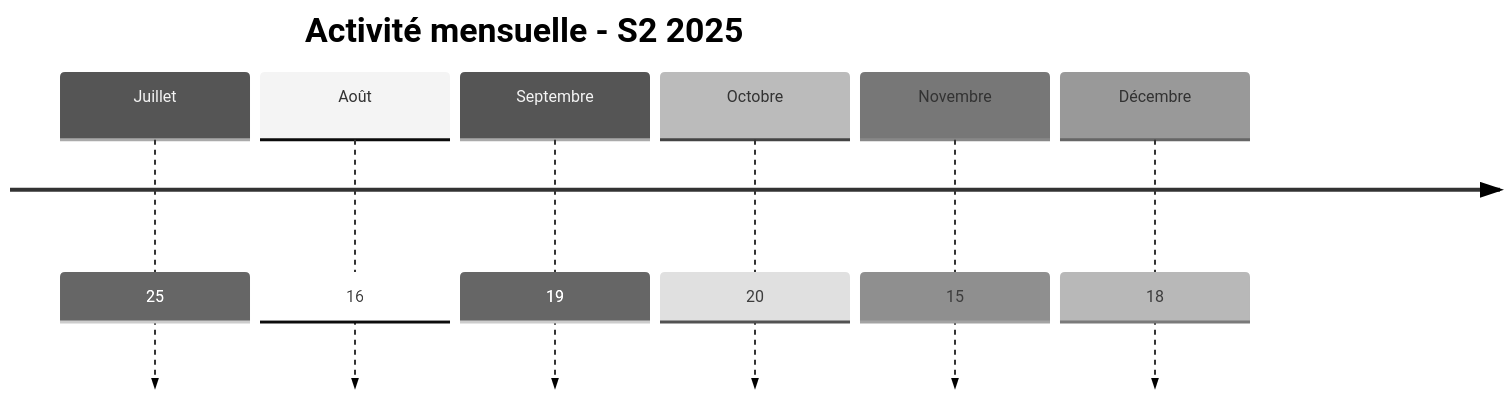
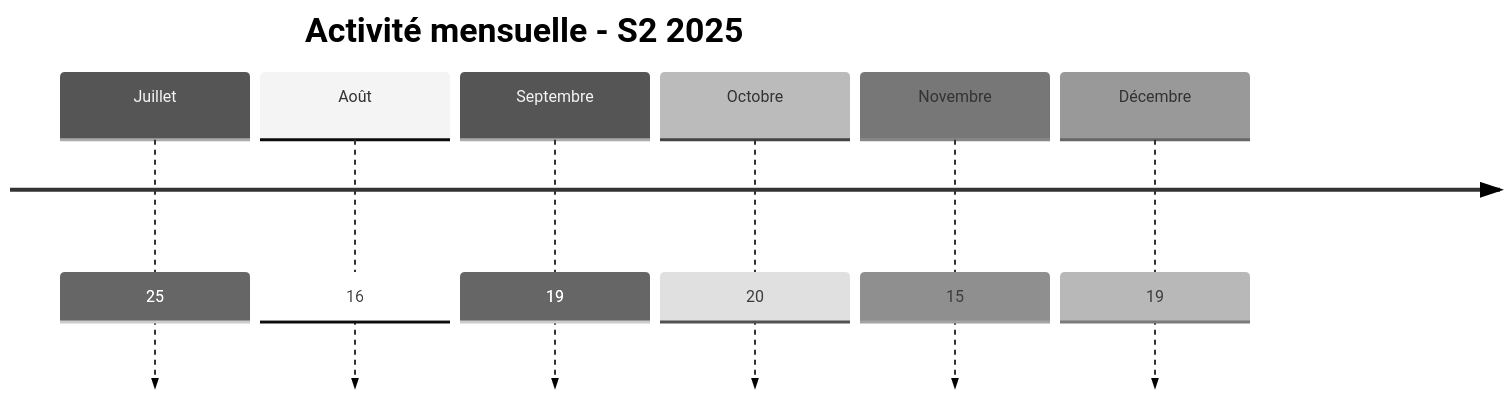
The first of 2 diagrams in CyberAttackAfrica/2025/README_H2_FR.md (Hatchepsoute/AFRINTEL), drawn with Mermaid (neutral theme) before and after one commit. The commit also changed other lines of this file and 30 other files, not shown here.

````diff
--- a/CyberAttackAfrica/2025/README_H2_FR.md
+++ b/CyberAttackAfrica/2025/README_H2_FR.md
@@ -96,10 +96,10 @@
 ```mermaid
 timeline
     title Activité mensuelle - S2 2025
     Juillet : 25
     Août : 16
     Septembre : 19
     Octobre : 20
     Novembre : 15
-    Décembre : 18
+    Décembre : 19
 ```
````
